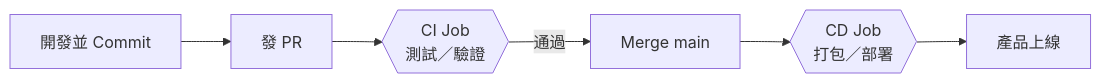
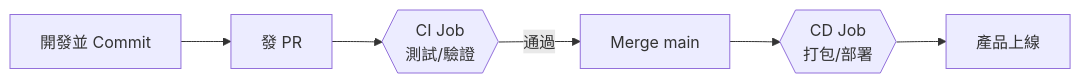
The diagram in README.md (Study2Strong/Launch-Your-Vibe-Coding-Product), drawn with Mermaid before and after one commit. The commit also changed other lines of this file and 1 other file, not shown here.

````diff
--- a/README.md
+++ b/README.md
@@ -15,8 +17,8 @@
 ```mermaid
 flowchart LR
     A[開發並 Commit] --> B[發 PR]
-    B --> C{{"CI Job\n測試／驗證"}}
+    B --> C{{"CI Job\n測試/驗證"}}
     C -- 通過 --> D[Merge main]
-    D --> E{{"CD Job\n打包／部署"}}
+    D --> E{{"CD Job\n打包/部署"}}
     E --> F[產品上線]
 ```
````
